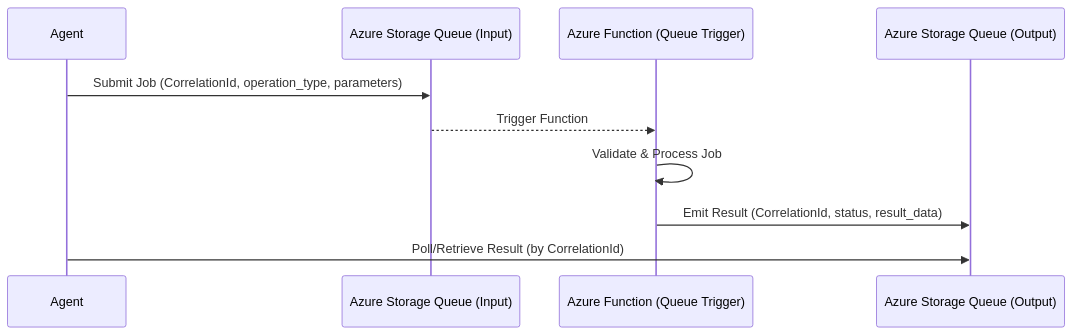
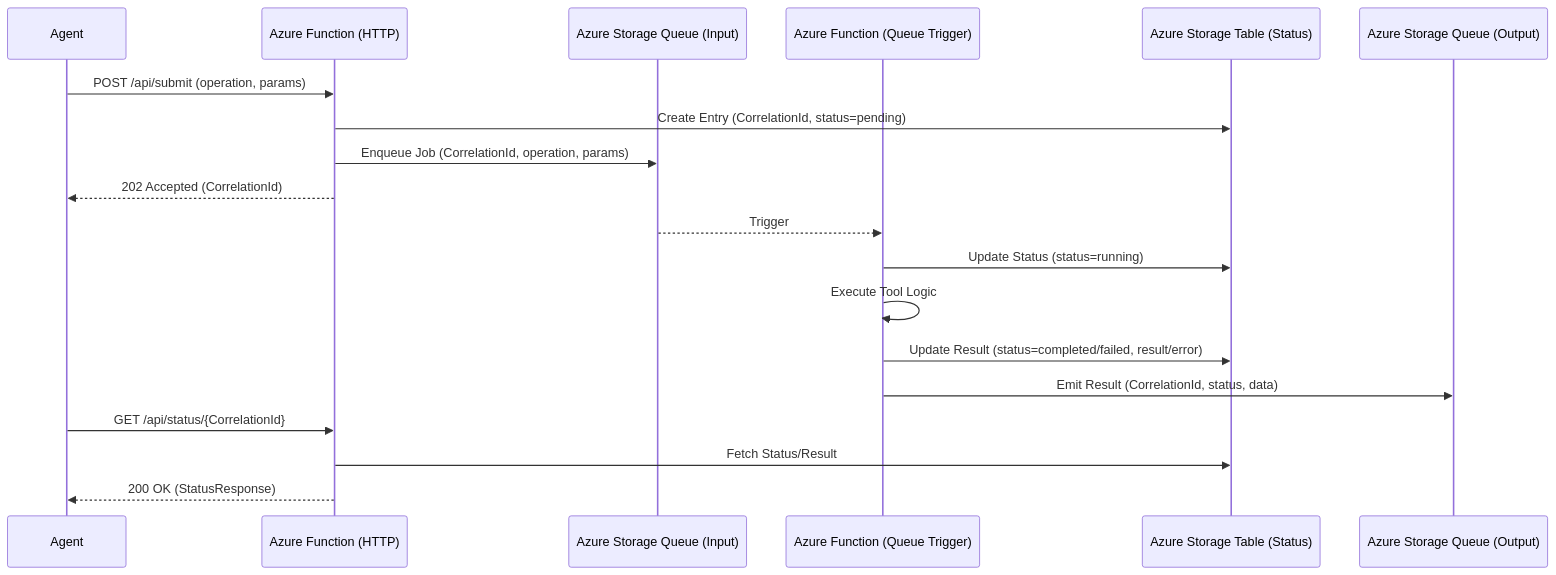
Before and after one commit to wildersa/azure_ref_kit: the diagram in building-blocks/functions/agent-tool-queue-function/README.md, drawn with Mermaid. The commit also changed other lines of this file and 8 other files, not shown here.

First line of the commit message:
[FUNC-QUEUE-001] Add minimal queue-backed async agent tool reference (#255)

````diff
--- a/building-blocks/functions/agent-tool-queue-function/README.md
+++ b/building-blocks/functions/agent-tool-queue-function/README.md
@@ -11,13 +11,24 @@
 ```mermaid
 sequenceDiagram
     participant Agent
-    participant InputQueue as Azure Storage Queue (Input)
-    participant Function as Azure Function (Queue Trigger)
-    participant OutputQueue as Azure Storage Queue (Output)
+    participant API as Azure Function (HTTP)
+    participant Queue as Azure Storage Queue (Input)
+    participant Worker as Azure Function (Queue Trigger)
+    participant Table as Azure Storage Table (Status)
+    participant ResultQueue as Azure Storage Queue (Output)
 
-    Agent->>InputQueue: Submit Job (CorrelationId, operation_type, parameters)
-    InputQueue-->>Function: Trigger Function
-    Function->>Function: Validate & Process Job
-    Function->>OutputQueue: Emit Result (CorrelationId, status, result_data)
-    Agent->>OutputQueue: Poll/Retrieve Result (by CorrelationId)
+    Agent->>API: POST /api/submit (operation, params)
+    API->>Table: Create Entry (CorrelationId, status=pending)
+    API->>Queue: Enqueue Job (CorrelationId, operation, params)
+    API-->>Agent: 202 Accepted (CorrelationId)
+
+    Queue-->>Worker: Trigger
+    Worker->>Table: Update Status (status=running)
+    Worker->>Worker: Execute Tool Logic
+    Worker->>Table: Update Result (status=completed/failed, result/error)
+    Worker->>ResultQueue: Emit Result (CorrelationId, status, data)
+
+    Agent->>API: GET /api/status/{CorrelationId}
+    API->>Table: Fetch Status/Result
+    API-->>Agent: 200 OK (StatusResponse)
 ```
````
